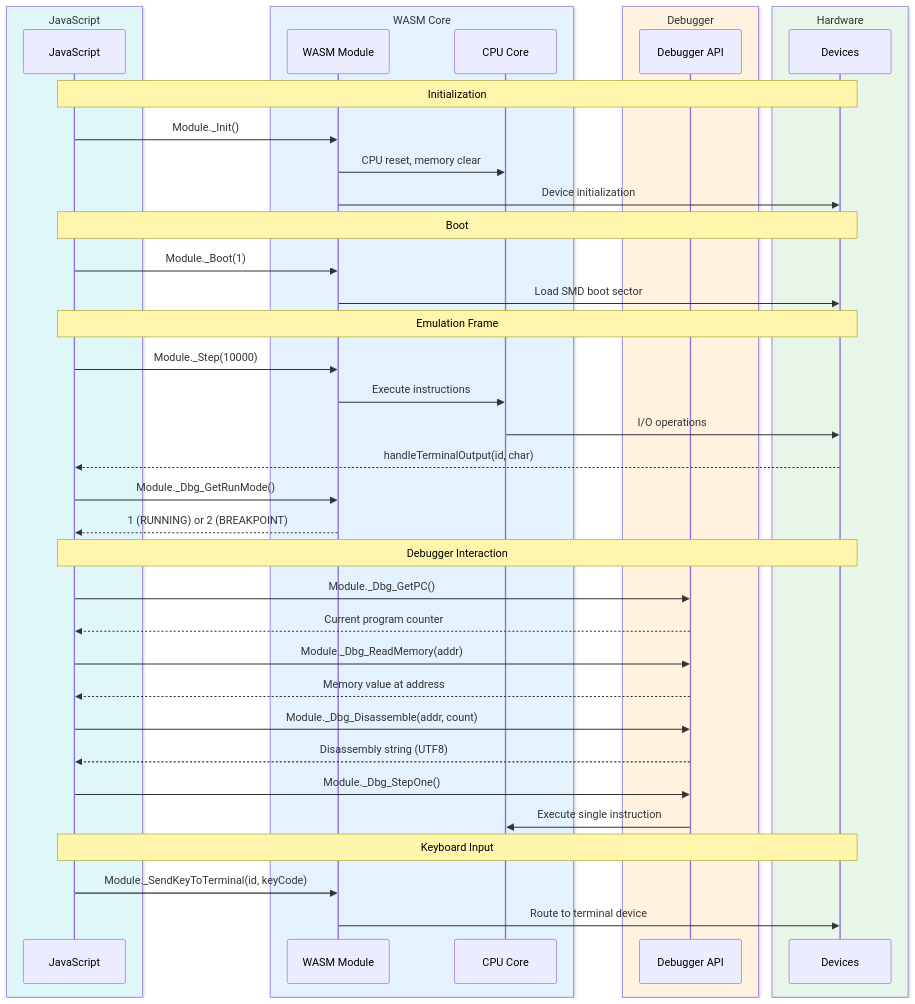
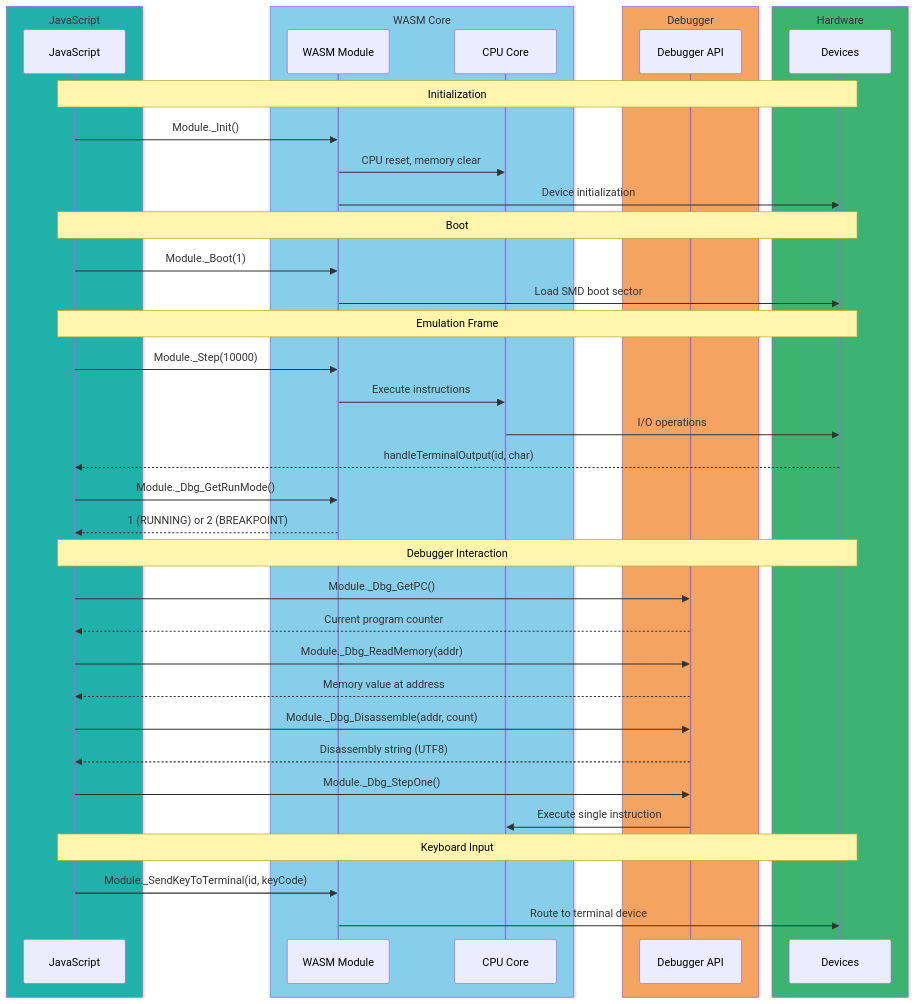
One commit to HackerCorpLabs/nd100x changed the third of 3 diagrams in GLASS.md. Above: the diagram before and after it, drawn with Mermaid. The commit also changed other lines of this file, not shown here.

First line of the commit message:
Fix Mermaid diagram colors for GitHub rendering

````diff
--- a/GLASS.md
+++ b/GLASS.md
@@ -609,47 +603,47 @@
 ```mermaid
 sequenceDiagram
-    box rgb(224,247,250) JavaScript
+    box LightSeaGreen JavaScript
         participant JS as JavaScript
     end
-    box rgb(227,242,253) WASM Core
+    box SkyBlue WASM Core
         participant WASM as WASM Module
         participant CPU as CPU Core
     end
-    box rgb(255,243,224) Debugger
+    box SandyBrown Debugger
         participant DBG as Debugger API
     end
-    box rgb(232,245,233) Hardware
+    box MediumSeaGreen Hardware
         participant DEV as Devices
     end
 
     Note over JS,DEV: Initialization
     JS->>WASM: Module._Init()
     WASM->>CPU: CPU reset, memory clear
     WASM->>DEV: Device initialization
 
     Note over JS,DEV: Boot
     JS->>WASM: Module._Boot(1)
     WASM->>DEV: Load SMD boot sector
 
     Note over JS,DEV: Emulation Frame
     JS->>WASM: Module._Step(10000)
     WASM->>CPU: Execute instructions
     CPU->>DEV: I/O operations
     DEV-->>JS: handleTerminalOutput(id, char)
     JS->>WASM: Module._Dbg_GetRunMode()
     WASM-->>JS: 1 (RUNNING) or 2 (BREAKPOINT)
 
     Note over JS,DEV: Debugger Interaction
     JS->>DBG: Module._Dbg_GetPC()
     DBG-->>JS: Current program counter
     JS->>DBG: Module._Dbg_ReadMemory(addr)
     DBG-->>JS: Memory value at address
     JS->>DBG: Module._Dbg_Disassemble(addr, count)
     DBG-->>JS: Disassembly string (UTF8)
     JS->>DBG: Module._Dbg_StepOne()
     DBG->>CPU: Execute single instruction
 
     Note over JS,DEV: Keyboard Input
     JS->>WASM: Module._SendKeyToTerminal(id, keyCode)
     WASM->>DEV: Route to terminal device
 ```
````
